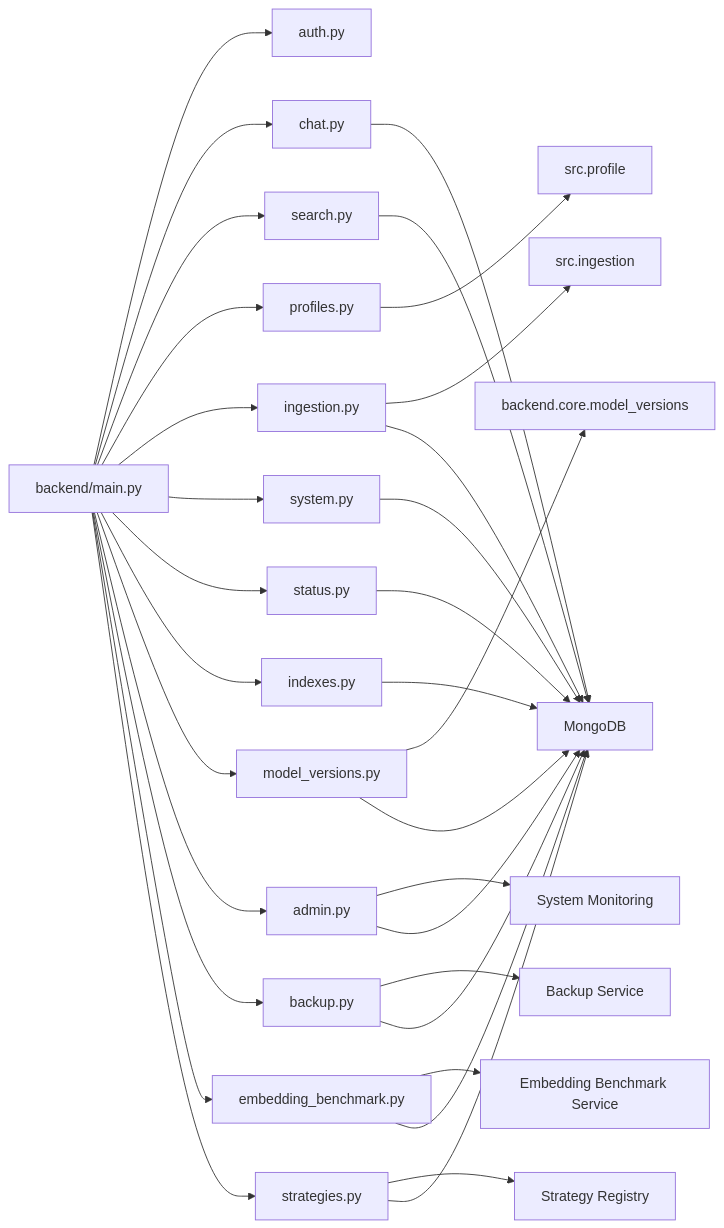
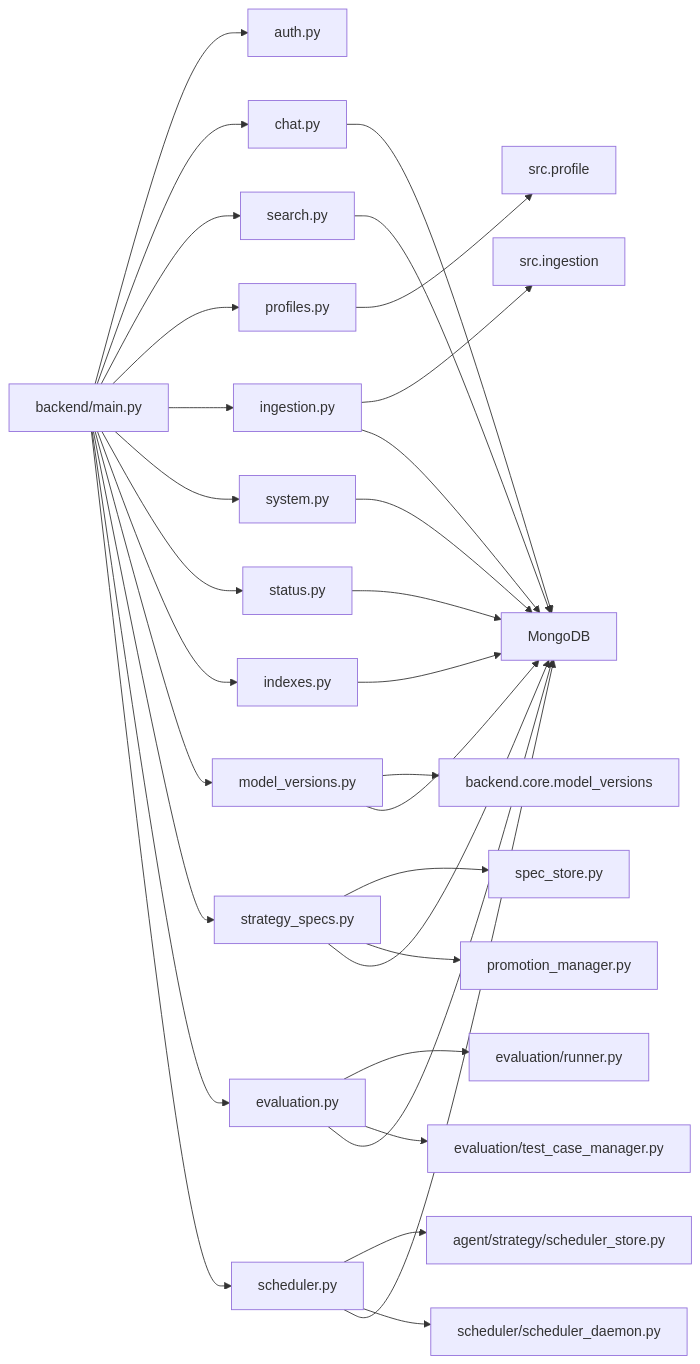
One commit to emanuelplopu/MongoDB-RAG-Agent changed the third of 9 diagrams in .qoder/repowiki/en/content/API Reference/API Reference.md. Above: the diagram before and after it, drawn with Mermaid. The commit also changed other lines of this file and 4 other files, not shown here.

````diff
--- a/.qoder/repowiki/en/content/API Reference/API Reference.md
+++ b/.qoder/repowiki/en/content/API Reference/API Reference.md
@@ -950,34 +930,34 @@
 ```mermaid
 graph LR
 Main["backend/main.py"] --> Auth["auth.py"]
 Main --> Chat["chat.py"]
 Main --> Search["search.py"]
 Main --> Profiles["profiles.py"]
 Main --> Ingest["ingestion.py"]
 Main --> System["system.py"]
 Main --> Status["status.py"]
 Main --> Indexes["indexes.py"]
 Main --> Models["model_versions.py"]
-Main --> Admin["admin.py"]
-Main --> Backup["backup.py"]
-Main --> Benchmark["embedding_benchmark.py"]
-Main --> Strategies["strategies.py"]
+Main --> StrategySpecs["strategy_specs.py"]
+Main --> Evaluation["evaluation.py"]
+Main --> Scheduler["scheduler.py"]
+StrategySpecs --> SpecStore["spec_store.py"]
+StrategySpecs --> PromotionMgr["promotion_manager.py"]
+Evaluation --> EvalRunner["evaluation/runner.py"]
+Evaluation --> TestCaseMgr["evaluation/test_case_manager.py"]
+Scheduler --> SchedStore["agent/strategy/scheduler_store.py"]
+Scheduler --> SchedDaemon["scheduler/scheduler_daemon.py"]
 Profiles --> PM["src.profile"]
 Ingest --> IP["src.ingestion"]
 Models --> MR["backend.core.model_versions"]
-Admin --> SM["System Monitoring"]
-Backup --> BS["Backup Service"]
-Benchmark --> EBS["Embedding Benchmark Service"]
-Strategies --> SR["Strategy Registry"]
 Chat --> DB["MongoDB"]
 Search --> DB
 Ingest --> DB
 System --> DB
 Status --> DB
 Indexes --> DB
 Models --> DB
-Admin --> DB
-Backup --> DB
-Benchmark --> DB
-Strategies --> DB
+StrategySpecs --> DB
+Evaluation --> DB
+Scheduler --> DB
 ```
````
